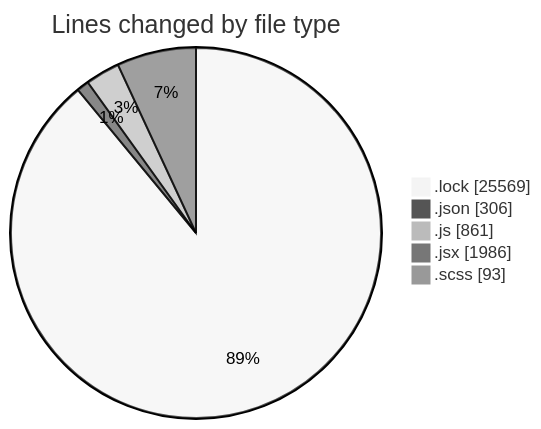
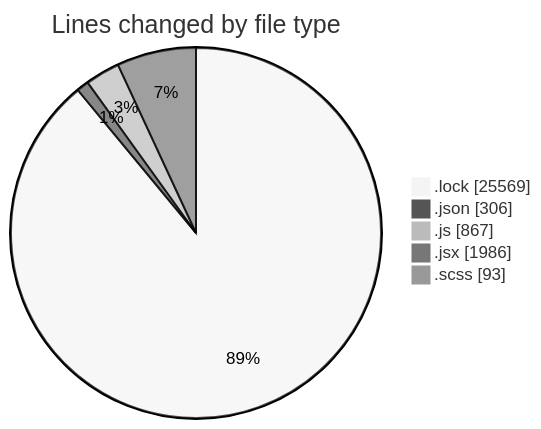
Before and after one commit to momahboobian/code-tracking: the first of 2 diagrams in 2026-01-07/cda/README.md, drawn with Mermaid (neutral theme). The commit also changed other lines of this file and 1 other file, not shown here.

````diff
--- a/2026-01-07/cda/README.md
+++ b/2026-01-07/cda/README.md
@@ -41,9 +41,9 @@
 ```mermaid
 pie showData
 title Lines changed by file type
 ".lock" : 25569
 ".json" : 306
-".js" : 861
+".js" : 867
 ".jsx" : 1986
 ".scss" : 93
 ```
````
